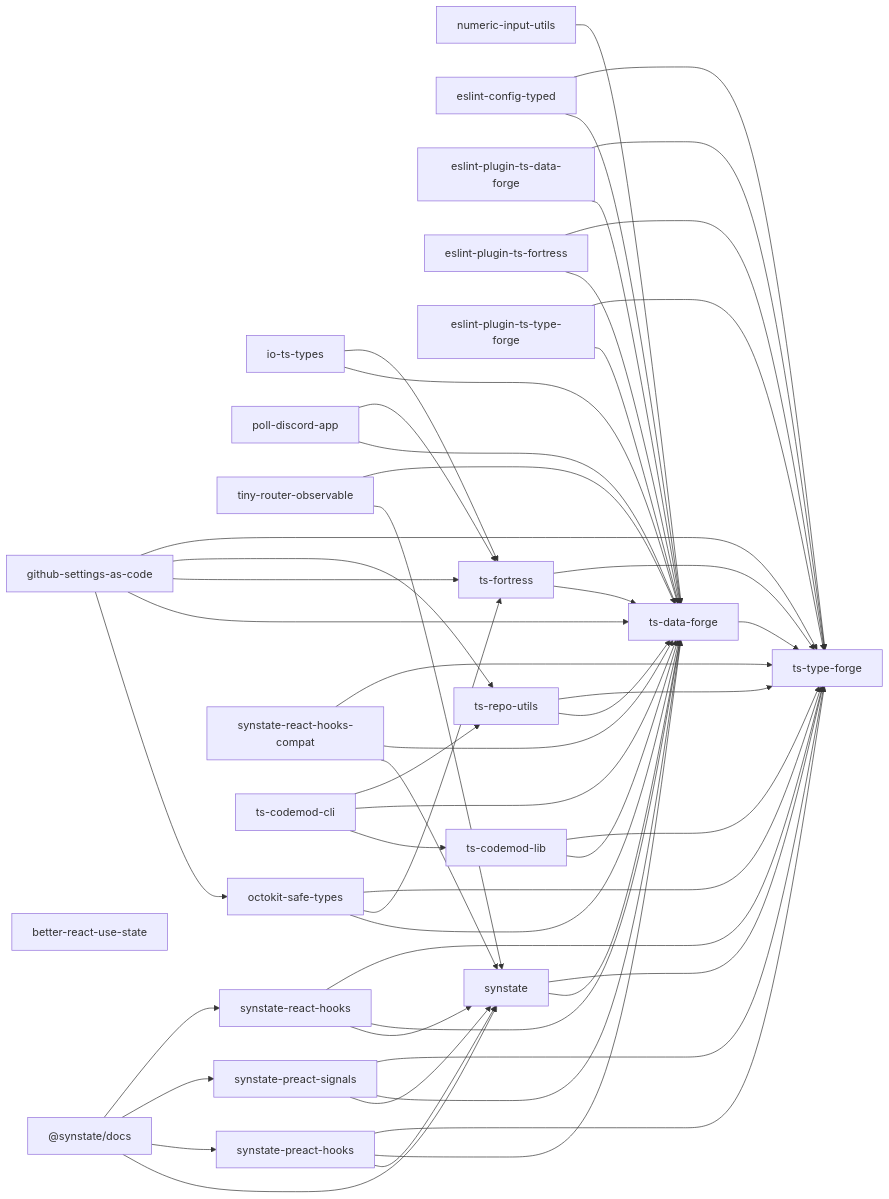
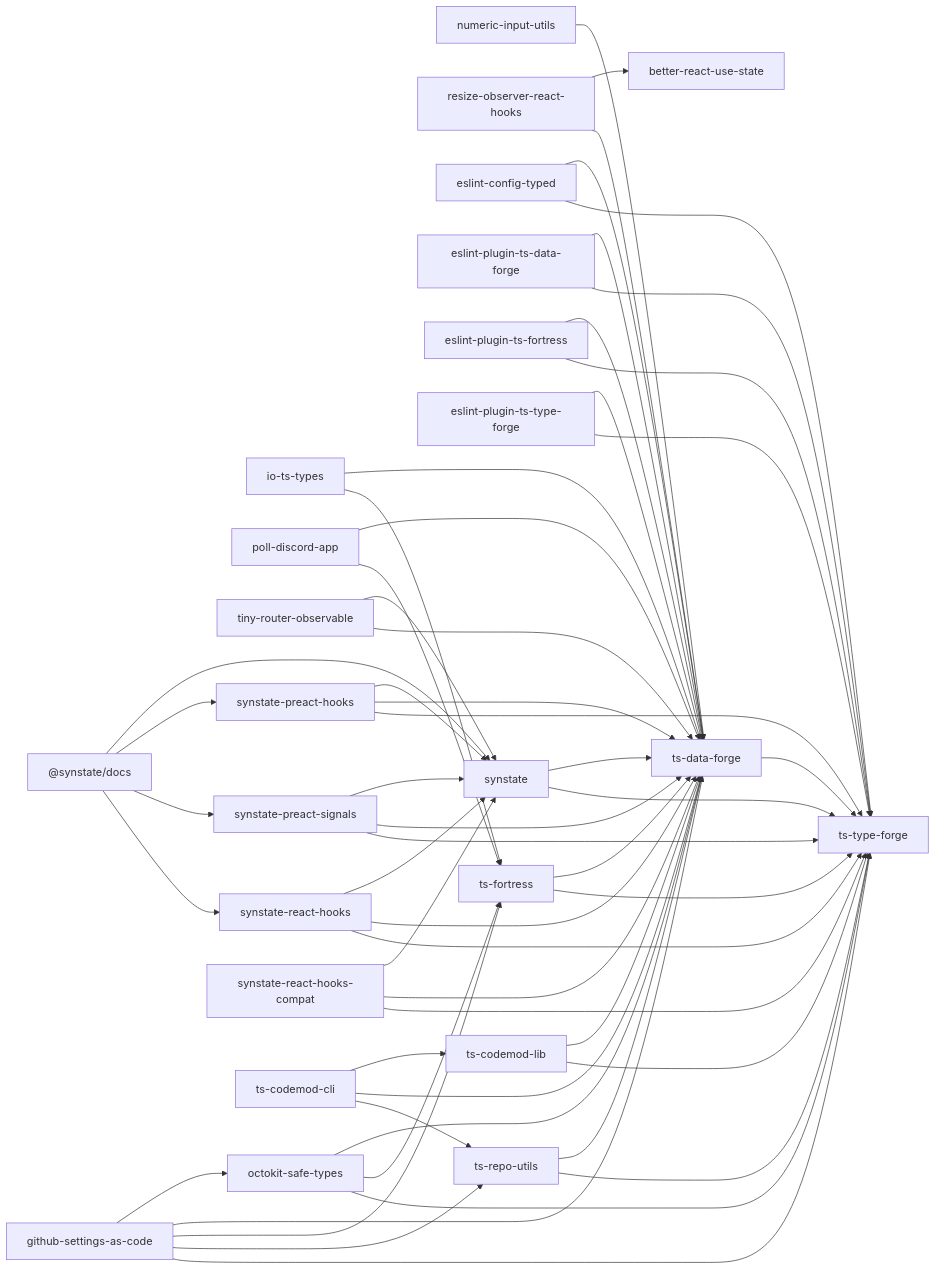
The diagram in docs/package-dependencies.md (noshiro-pf/mono), drawn with Mermaid before and after one commit. The commit also changed other lines of this file and 9 other files, not shown here.

First line of the commit message:
feat: restore resize-observer-react-hooks from experimental/ (#1632)

````diff
--- a/docs/package-dependencies.md
+++ b/docs/package-dependencies.md
@@ -13,77 +13,80 @@
 ```mermaid
 graph LR
   io_ts_types["io-ts-types"]
   numeric_input_utils["numeric-input-utils"]
   poll_discord_app["poll-discord-app"]
+  resize_observer_react_hooks["resize-observer-react-hooks"]
   _synstate_docs["@synstate/docs"]
   tiny_router_observable["tiny-router-observable"]
   better_react_use_state["better-react-use-state"]
   eslint_config_typed["eslint-config-typed"]
   eslint_plugin_ts_data_forge["eslint-plugin-ts-data-forge"]
   eslint_plugin_ts_fortress["eslint-plugin-ts-fortress"]
   eslint_plugin_ts_type_forge["eslint-plugin-ts-type-forge"]
   github_settings_as_code["github-settings-as-code"]
   octokit_safe_types["octokit-safe-types"]
   synstate["synstate"]
   synstate_preact_hooks["synstate-preact-hooks"]
   synstate_preact_signals["synstate-preact-signals"]
   synstate_react_hooks["synstate-react-hooks"]
   synstate_react_hooks_compat["synstate-react-hooks-compat"]
   ts_codemod_cli["ts-codemod-cli"]
   ts_codemod_lib["ts-codemod-lib"]
   ts_data_forge["ts-data-forge"]
   ts_fortress["ts-fortress"]
   ts_repo_utils["ts-repo-utils"]
   ts_type_forge["ts-type-forge"]
   io_ts_types --> ts_data_forge
   io_ts_types --> ts_fortress
   numeric_input_utils --> ts_data_forge
   poll_discord_app --> ts_data_forge
   poll_discord_app --> ts_fortress
+  resize_observer_react_hooks --> better_react_use_state
+  resize_observer_react_hooks --> ts_data_forge
   _synstate_docs --> synstate
   _synstate_docs --> synstate_preact_hooks
   _synstate_docs --> synstate_preact_signals
   _synstate_docs --> synstate_react_hooks
   tiny_router_observable --> synstate
   tiny_router_observable --> ts_data_forge
   eslint_config_typed --> ts_data_forge
   eslint_config_typed --> ts_type_forge
   eslint_plugin_ts_data_forge --> ts_data_forge
   eslint_plugin_ts_data_forge --> ts_type_forge
   eslint_plugin_ts_fortress --> ts_data_forge
   eslint_plugin_ts_fortress --> ts_type_forge
   eslint_plugin_ts_type_forge --> ts_data_forge
   eslint_plugin_ts_type_forge --> ts_type_forge
   github_settings_as_code --> octokit_safe_types
   github_settings_as_code --> ts_data_forge
   github_settings_as_code --> ts_fortress
   github_settings_as_code --> ts_repo_utils
   github_settings_as_code --> ts_type_forge
   octokit_safe_types --> ts_data_forge
   octokit_safe_types --> ts_fortress
   octokit_safe_types --> ts_type_forge
   synstate --> ts_data_forge
   synstate --> ts_type_forge
   synstate_preact_hooks --> synstate
   synstate_preact_hooks --> ts_data_forge
   synstate_preact_hooks --> ts_type_forge
   synstate_preact_signals --> synstate
   synstate_preact_signals --> ts_data_forge
   synstate_preact_signals --> ts_type_forge
   synstate_react_hooks --> synstate
   synstate_react_hooks --> ts_data_forge
   synstate_react_hooks --> ts_type_forge
   synstate_react_hooks_compat --> synstate
   synstate_react_hooks_compat --> ts_data_forge
   synstate_react_hooks_compat --> ts_type_forge
   ts_codemod_cli --> ts_codemod_lib
   ts_codemod_cli --> ts_data_forge
   ts_codemod_cli --> ts_repo_utils
   ts_codemod_lib --> ts_data_forge
   ts_codemod_lib --> ts_type_forge
   ts_data_forge --> ts_type_forge
   ts_fortress --> ts_data_forge
   ts_fortress --> ts_type_forge
   ts_repo_utils --> ts_data_forge
   ts_repo_utils --> ts_type_forge
 ```
````
